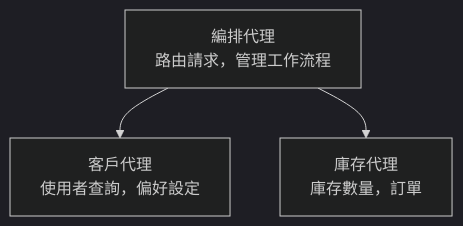
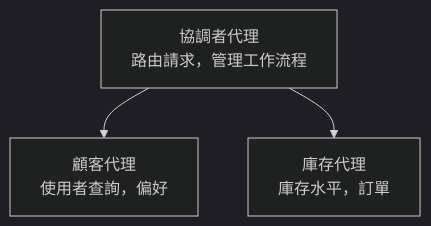
The diagram in translations/zh-TW/docs/chapter-05-multi-agent/README.md (microsoft/AZD-for-beginners), drawn with Mermaid (dark theme) before and after one commit. The commit also changed other lines of this file and 101 other files, not shown here.

````diff
--- a/translations/zh-TW/docs/chapter-05-multi-agent/README.md
+++ b/translations/zh-TW/docs/chapter-05-multi-agent/README.md
@@ -50,5 +52,5 @@
 ```mermaid
 graph TD
-    Orchestrator[編排代理<br/>路由請求，管理工作流程] --> Customer[客戶代理<br/>使用者查詢，偏好設定]
-    Orchestrator --> Inventory[庫存代理<br/>庫存數量，訂單]
+    Orchestrator[協調者代理<br/>路由請求，管理工作流程] --> Customer[顧客代理<br/>使用者查詢，偏好]
+    Orchestrator --> Inventory[庫存代理<br/>庫存水平，訂單]
 ```
````
